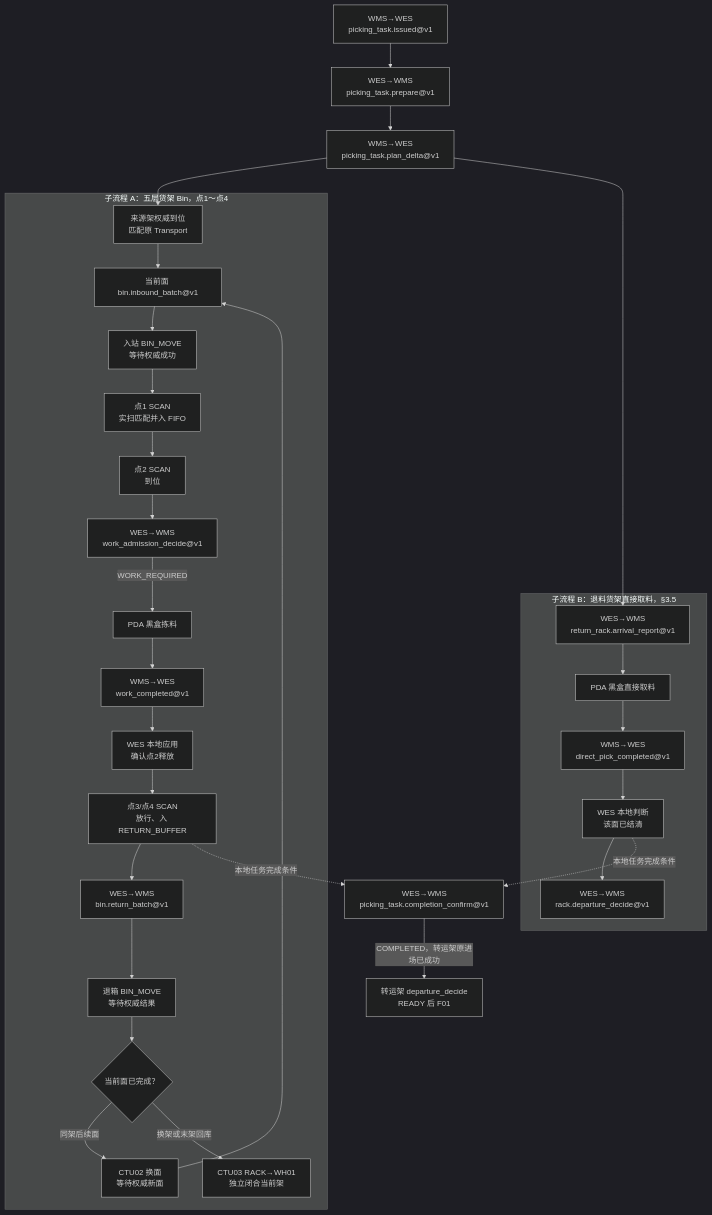
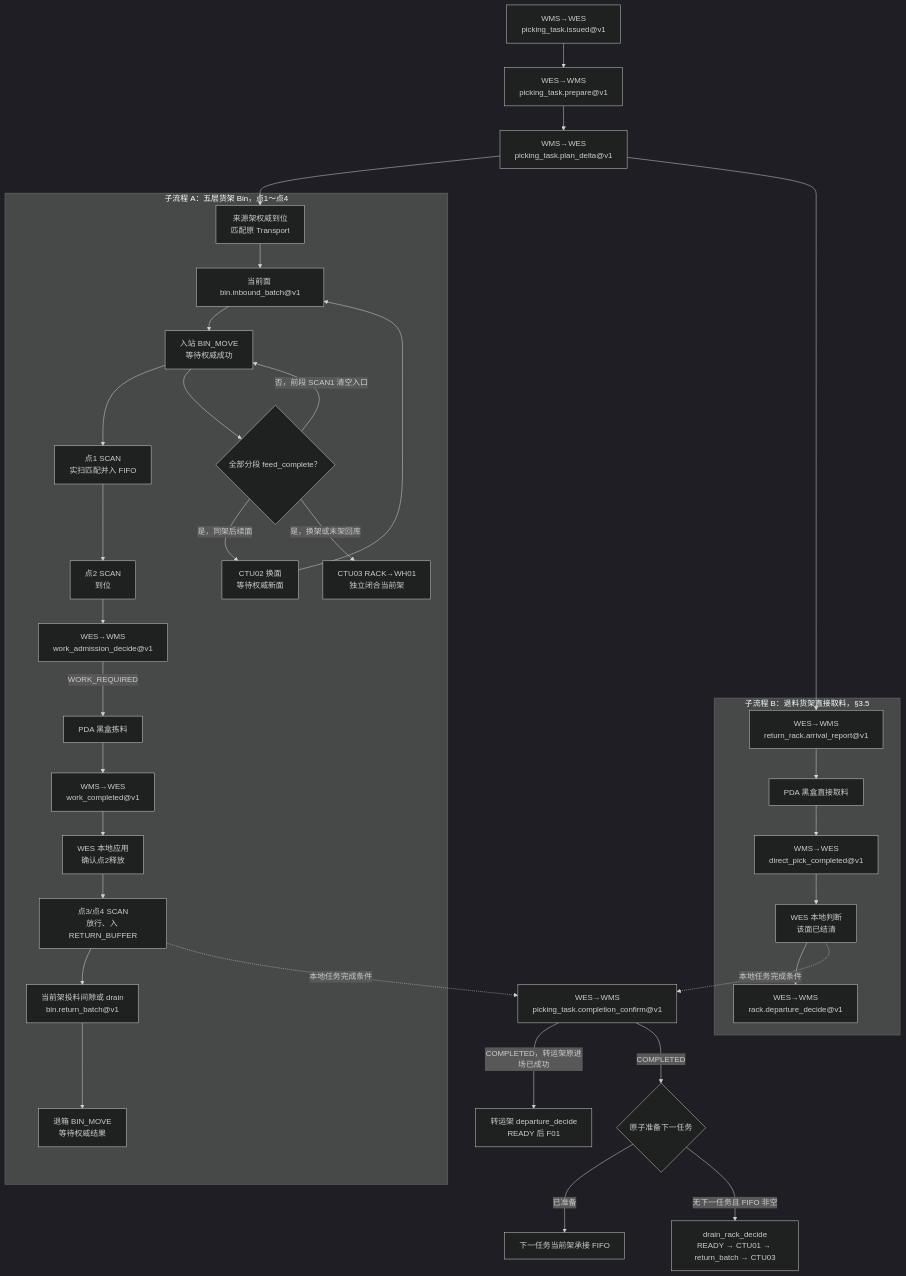
The first of 2 diagrams in docs/contracts/wms-manual-outbound-picking-integration-requirements.md (kaizhoumasha/wes_backend), drawn with Mermaid (dark theme) before and after one commit. The commit also changed other lines of this file and 66 other files, not shown here.

````diff
--- a/docs/contracts/wms-manual-outbound-picking-integration-requirements.md
+++ b/docs/contracts/wms-manual-outbound-picking-integration-requirements.md
@@ -37,22 +37,27 @@
 ```mermaid
 flowchart TD
     T1["WMS→WES<br/>picking_task.issued@v1"] --> T2["WES→WMS<br/>picking_task.prepare@v1"] --> T3["WMS→WES<br/>picking_task.plan_delta@v1"]
 
     T3 --> A00
     T3 --> B0
 
     subgraph A["子流程 A：五层货架 Bin，点1～点4"]
         A00["来源架权威到位<br/>匹配原 Transport"] --> A0["当前面 bin.inbound_batch@v1"] --> A01["入站 BIN_MOVE<br/>等待权威成功"] --> A1["点1 SCAN<br/>实扫匹配并入 FIFO"] --> A2["点2 SCAN<br/>到位"] --> A3["WES→WMS<br/>work_admission_decide@v1"]
-        A3 -->|WORK_REQUIRED| A4["PDA 黑盒拣料"] --> A5["WMS→WES<br/>work_completed@v1"] --> A6["WES 本地应用<br/>确认点2释放"] --> A7["点3/点4 SCAN<br/>放行、入 RETURN_BUFFER"] --> A8["WES→WMS<br/>bin.return_batch@v1"] --> A9["退箱 BIN_MOVE<br/>等待权威结果"] --> A10{"当前面已完成？"}
-        A10 -->|同架后续面| A11["CTU02 换面<br/>等待权威新面"] --> A0
-        A10 -->|换架或末架回库| A12["CTU03 RACK→WH01<br/>独立闭合当前架"]
+        A3 -->|WORK_REQUIRED| A4["PDA 黑盒拣料"] --> A5["WMS→WES<br/>work_completed@v1"] --> A6["WES 本地应用<br/>确认点2释放"] --> A7["点3/点4 SCAN<br/>放行、入 RETURN_BUFFER"] --> A8["当前架投料间隙或 drain<br/>bin.return_batch@v1"] --> A9["退箱 BIN_MOVE<br/>等待权威结果"]
+        A01 --> A10{"全部分段 feed_complete？"}
+        A10 -->|否，前段 SCAN1 清空入口| A01
+        A10 -->|是，同架后续面| A11["CTU02 换面<br/>等待权威新面"] --> A0
+        A10 -->|是，换架或末架回库| A12["CTU03 RACK→WH01<br/>独立闭合当前架"]
     end
 
     subgraph B["子流程 B：退料货架直接取料，§3.5"]
         B0["WES→WMS<br/>return_rack.arrival_report@v1"] --> B1["PDA 黑盒直接取料"] --> B2["WMS→WES<br/>direct_pick_completed@v1"] --> B3["WES 本地判断<br/>该面已结清"] --> B4["WES→WMS<br/>rack.departure_decide@v1"]
     end
 
     A7 -. "本地任务完成条件" .-> DONE["WES→WMS<br/>picking_task.completion_confirm@v1"]
     B3 -. "本地任务完成条件" .-> DONE
     DONE -->|COMPLETED，转运架原进场已成功| TOUT["转运架 departure_decide<br/>READY 后 F01"]
+    DONE -->|COMPLETED| NEXT{"原子准备下一任务"}
+    NEXT -->|已准备| INHERIT["下一任务当前架承接 FIFO"]
+    NEXT -->|无下一任务且 FIFO 非空| DRAIN["drain_rack_decide<br/>READY → CTU01 → return_batch → CTU03"]
 ```
````
